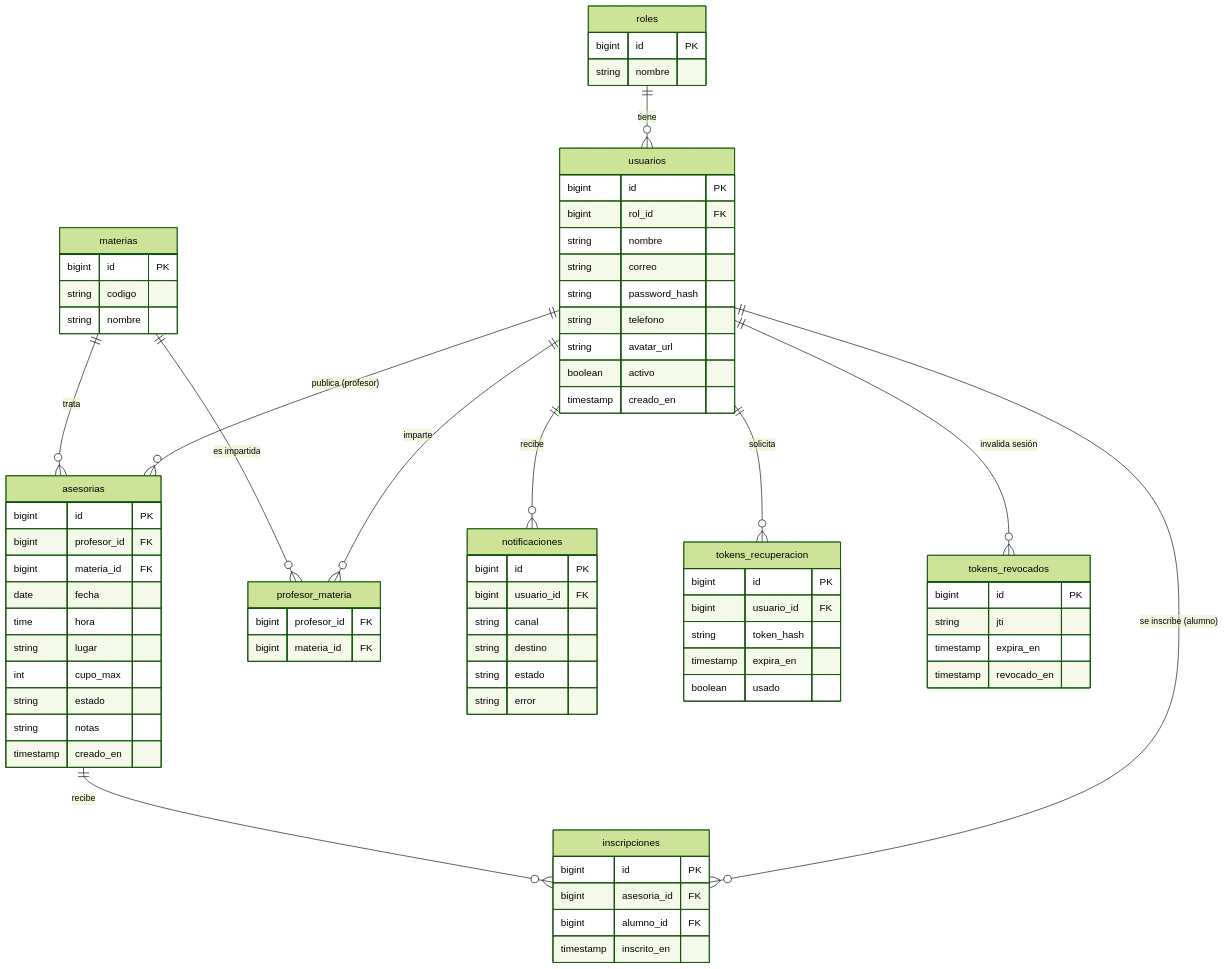
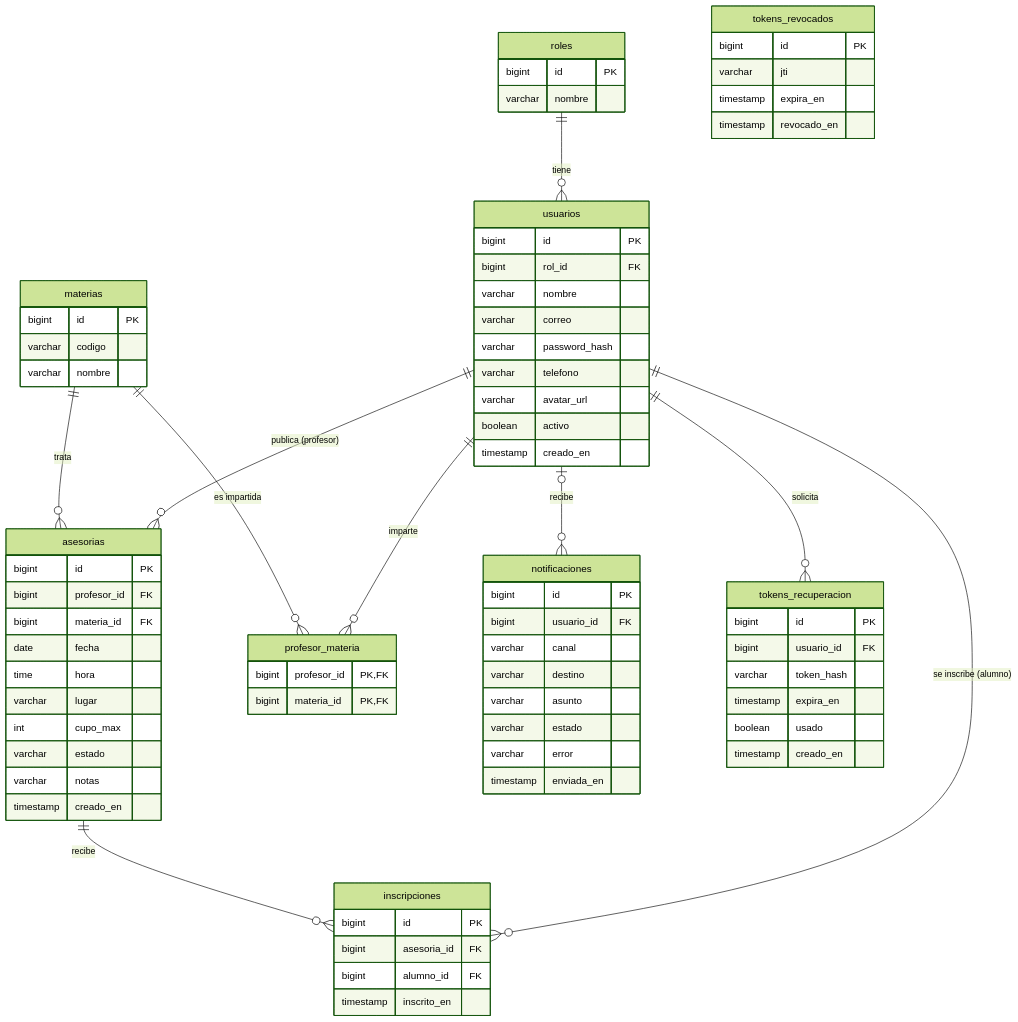
Before and after one commit to DaniielA5/plataforma-asesorias: the second of 2 diagrams in README.md, drawn with Mermaid (forest theme). The commit also changed other lines of this file and 1 other file, not shown here.

````diff
--- a/README.md
+++ b/README.md
@@ -131,59 +201,79 @@
 ```mermaid
 erDiagram
     roles ||--o{ usuarios : tiene
     usuarios ||--o{ asesorias : "publica (profesor)"
     usuarios ||--o{ inscripciones : "se inscribe (alumno)"
     materias ||--o{ asesorias : trata
     asesorias ||--o{ inscripciones : recibe
     usuarios ||--o{ profesor_materia : imparte
     materias ||--o{ profesor_materia : "es impartida"
-    usuarios ||--o{ notificaciones : recibe
+    usuarios |o--o{ notificaciones : recibe
     usuarios ||--o{ tokens_recuperacion : solicita
-    usuarios ||--o{ tokens_revocados : "invalida sesión"
 
-    roles { bigint id PK
-            string nombre }
-    usuarios { bigint id PK
-               bigint rol_id FK
-               string nombre
-               string correo
-               string password_hash
-               string telefono
-               string avatar_url
-               boolean activo
-               timestamp creado_en }
-    materias { bigint id PK
-               string codigo
-               string nombre }
-    profesor_materia { bigint profesor_id FK
-                       bigint materia_id FK }
-    asesorias { bigint id PK
-                bigint profesor_id FK
-                bigint materia_id FK
-                date fecha
-                time hora
-                string lugar
-                int cupo_max
-                string estado
-                string notas
-                timestamp creado_en }
-    inscripciones { bigint id PK
-                    bigint asesoria_id FK
-                    bigint alumno_id FK
-                    timestamp inscrito_en }
-    notificaciones { bigint id PK
-                     bigint usuario_id FK
-                     string canal
-                     string destino
-                     string estado
-                     string error }
-    tokens_recuperacion { bigint id PK
-                          bigint usuario_id FK
-                          string token_hash
-                          timestamp expira_en
-                          boolean usado }
-    tokens_revocados { bigint id PK
-                   string jti
-                   timestamp expira_en
-                   timestamp revocado_en }
+    roles {
+        bigint id PK
+        varchar nombre
+    }
+    usuarios {
+        bigint id PK
+        bigint rol_id FK
+        varchar nombre
+        varchar correo
+        varchar password_hash
+        varchar telefono
+        varchar avatar_url
+        boolean activo
+        timestamp creado_en
+    }
+    materias {
+        bigint id PK
+        varchar codigo
+        varchar nombre
+    }
+    profesor_materia {
+        bigint profesor_id PK, FK
+        bigint materia_id PK, FK
+    }
+    asesorias {
+        bigint id PK
+        bigint profesor_id FK
+        bigint materia_id FK
+        date fecha
+        time hora
+        varchar lugar
+        int cupo_max
+        varchar estado
+        varchar notas
+        timestamp creado_en
+    }
+    inscripciones {
+        bigint id PK
+        bigint asesoria_id FK
+        bigint alumno_id FK
+        timestamp inscrito_en
+    }
+    notificaciones {
+        bigint id PK
+        bigint usuario_id FK
+        varchar canal
+        varchar destino
+        varchar asunto
+        varchar estado
+        varchar error
+        timestamp enviada_en
+    }
+    tokens_recuperacion {
+        bigint id PK
+        bigint usuario_id FK
+        varchar token_hash
+        timestamp expira_en
+        boolean usado
+        timestamp creado_en
+    }
+    tokens_revocados {
+        bigint id PK
+        varchar jti
+        timestamp expira_en
+        timestamp revocado_en
+    }
 ```
````
